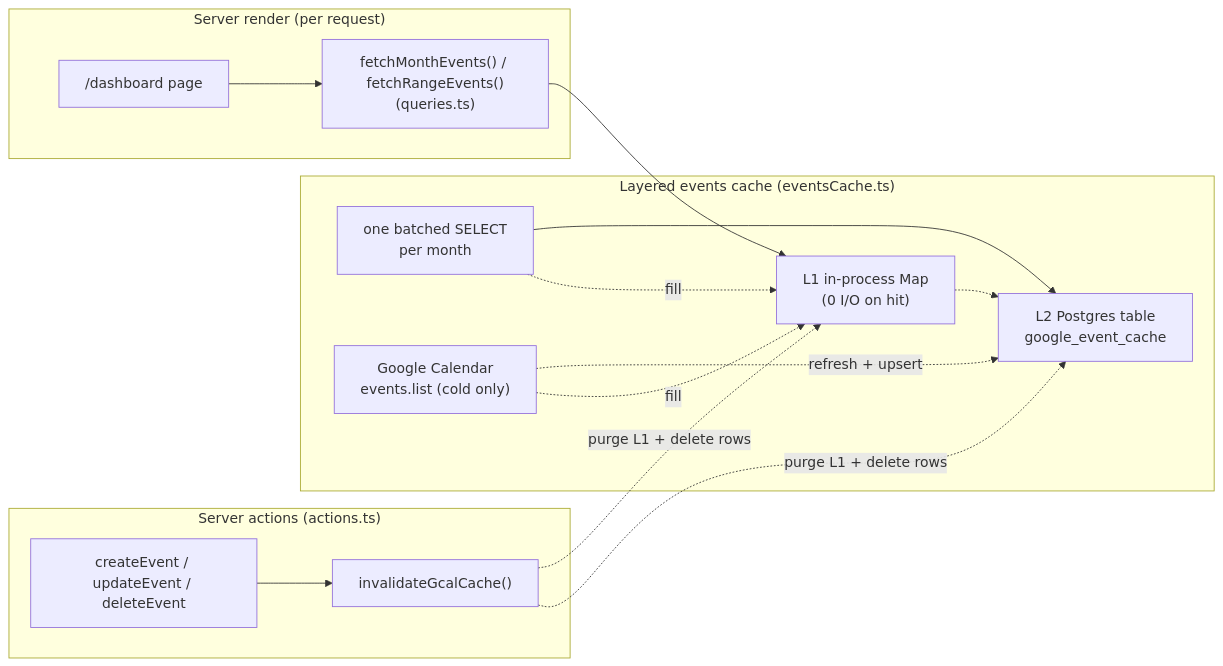
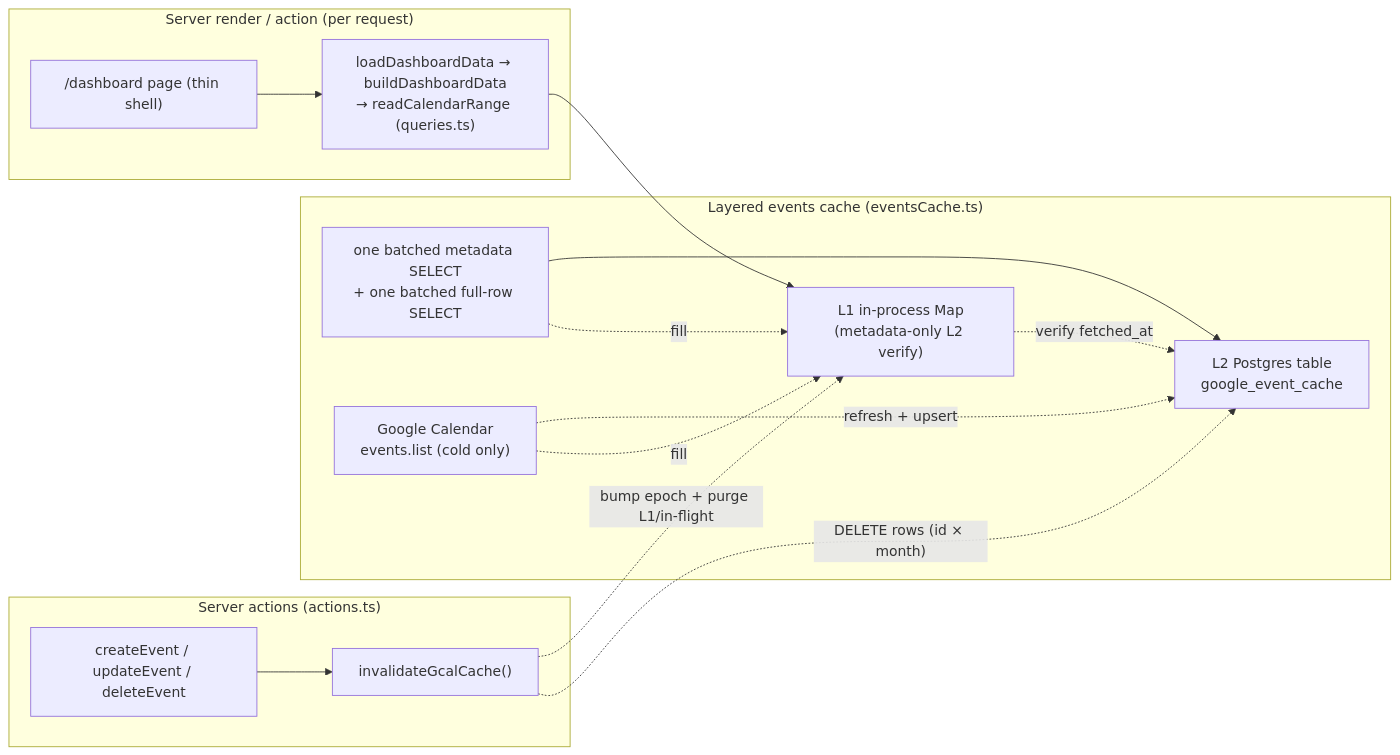
Before and after one commit to oncloudnintynineone-source/cloudy2: the first of 7 diagrams in docs/events-cache.md, drawn with Mermaid. The commit also changed other lines of this file and 22 other files, not shown here.

Commit message:
docs: sync mermaid diagrams with current code, fix diagram syntax errors

````diff
--- a/docs/events-cache.md
+++ b/docs/events-cache.md
@@ -87,26 +87,26 @@
 ```mermaid
 flowchart LR
- subgraph RSC["Server render (per request)"]
- D["/dashboard page"]
- FM["fetchMonthEvents() / fetchRangeEvents()<br/>(queries.ts)"]
+ subgraph RSC["Server render / action (per request)"]
+ D["/dashboard page (thin shell)"]
+ FM["loadDashboardData → buildDashboardData<br/>→ readCalendarRange (queries.ts)"]
  end
  subgraph CACHE["Layered events cache (eventsCache.ts)"]
- L1["L1 in-process Map<br/>(0 I/O on hit)"]
+ L1["L1 in-process Map<br/>(metadata-only L2 verify)"]
  L2["L2 Postgres table<br/>google_event_cache"]
- L2q["one batched SELECT<br/>per month"]
+ L2q["one batched metadata SELECT<br/>+ one batched full-row SELECT"]
  G["Google Calendar<br/>events.list (cold only)"]
- L1 -.-> L2
+ L1 -. "verify fetched_at" .-> L2
  L2q --> L2
  L2q -. "fill" .-> L1
  G -. "refresh + upsert" .-> L2
  G -. "fill" .-> L1
  end
  subgraph MUT["Server actions (actions.ts)"]
  CRUD["createEvent / updateEvent / deleteEvent"]
  INV["invalidateGcalCache()"]
  CRUD --> INV
- INV -. "purge L1 + delete rows" .-> L1
- INV -. "purge L1 + delete rows" .-> L2
+ INV -. "bump epoch + purge L1/in-flight" .-> L1
+ INV -. "DELETE rows (id × month)" .-> L2
  end
  D --> FM --> L1
 ```
````
